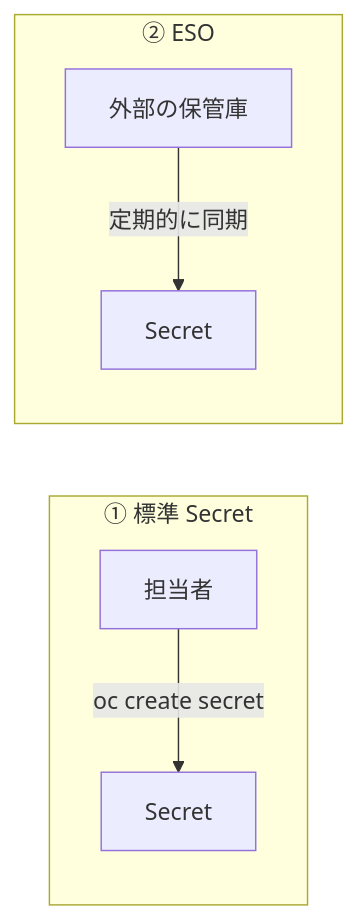
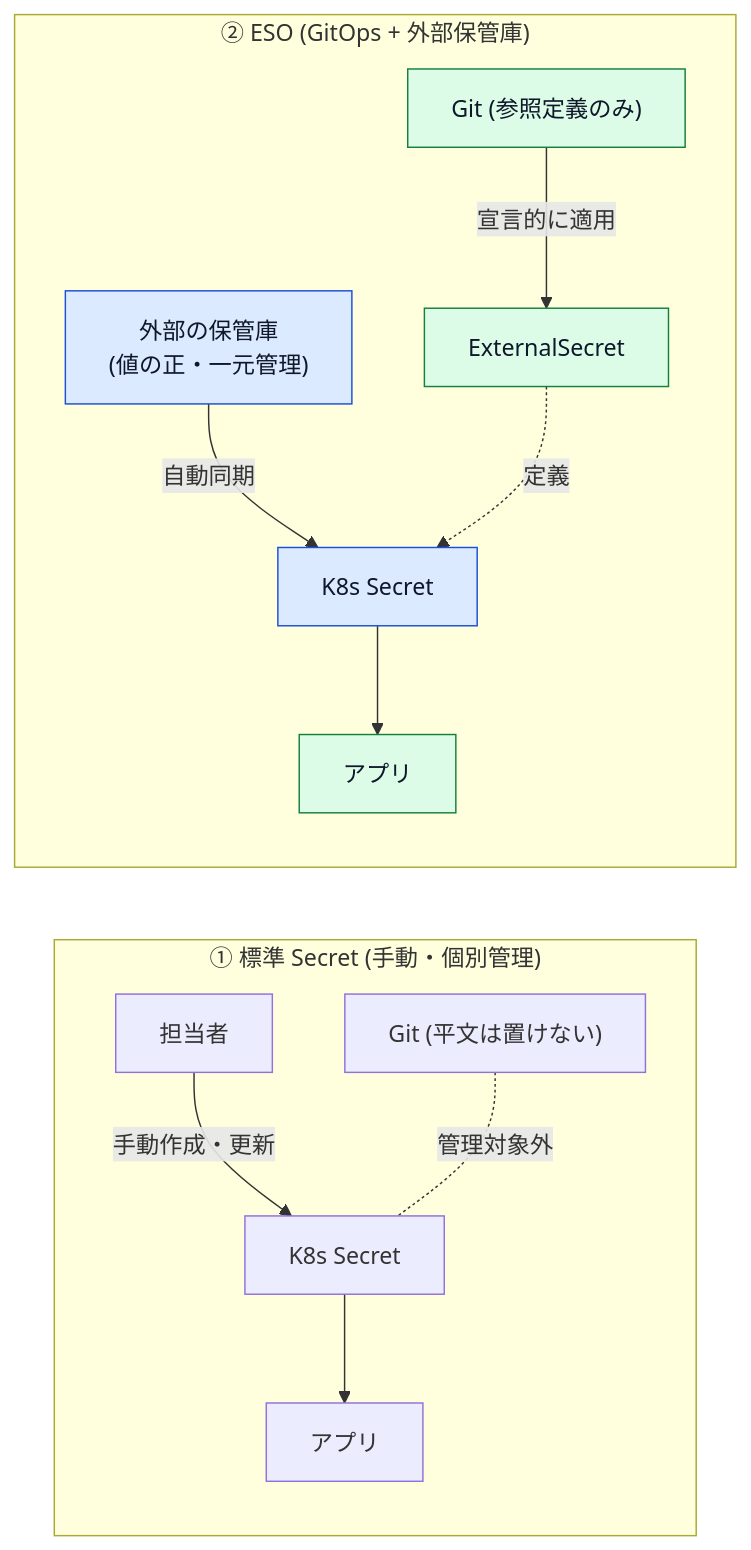
Before and after one commit to akudo-rh/eso-secret-management: the second of 12 diagrams in README.md, drawn with Mermaid. The commit also changed other lines of this file, not shown here.

First line of the commit message:
Enhance README with ESO details and diagrams

````diff
--- a/README.md
+++ b/README.md
@@ -53,9 +53,22 @@
 ```mermaid
 flowchart LR
-  subgraph M1["① 標準 Secret"]
-    P1["担当者"] -- "oc create secret" --> S1["Secret"]
+  subgraph M1["① 標準 Secret (手動・個別管理)"]
+    direction TB
+    U1["担当者"] -- "手動作成・更新" --> S1["K8s Secret"]
+    G1["Git (平文は置けない)"] -. "管理対象外" .- S1
+    S1 --> A1["アプリ"]
   end
-  subgraph M3["② ESO"]
-    V3["外部の保管庫"] -- "定期的に同期" --> S3["Secret"]
+
+  subgraph M2["② ESO (GitOps + 外部保管庫)"]
+    direction TB
+    G2["Git (参照定義のみ)"] -- "宣言的に適用" --> ES2["ExternalSecret"]
+    V2["外部の保管庫<br/>(値の正・一元管理)"] -- "自動同期" --> S2["K8s Secret"]
+    ES2 -. "定義" .-> S2
+    S2 --> A2["アプリ"]
   end
+
+  classDef pf fill:#dbeafe,stroke:#1d4ed8,color:#0f172a
+  classDef app fill:#dcfce7,stroke:#15803d,color:#0f172a
+  class V2,S2 pf
+  class G2,ES2,A2 app
 ```
````
